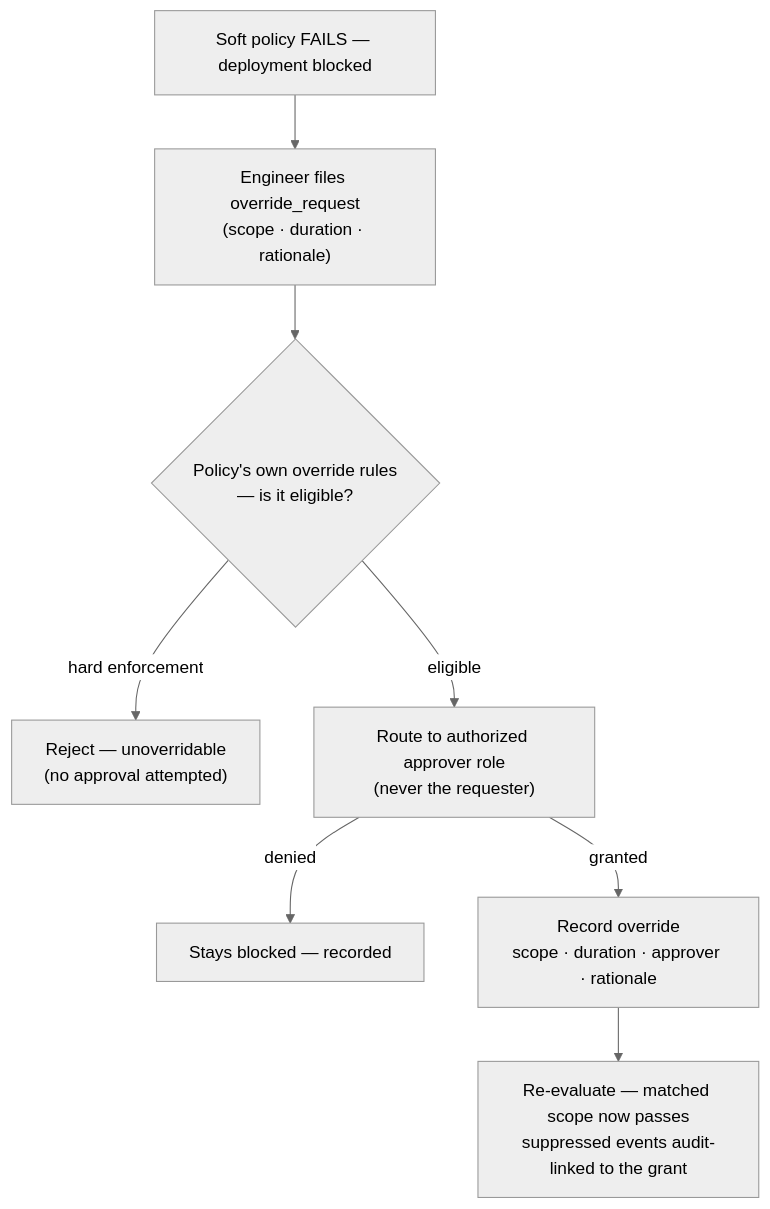
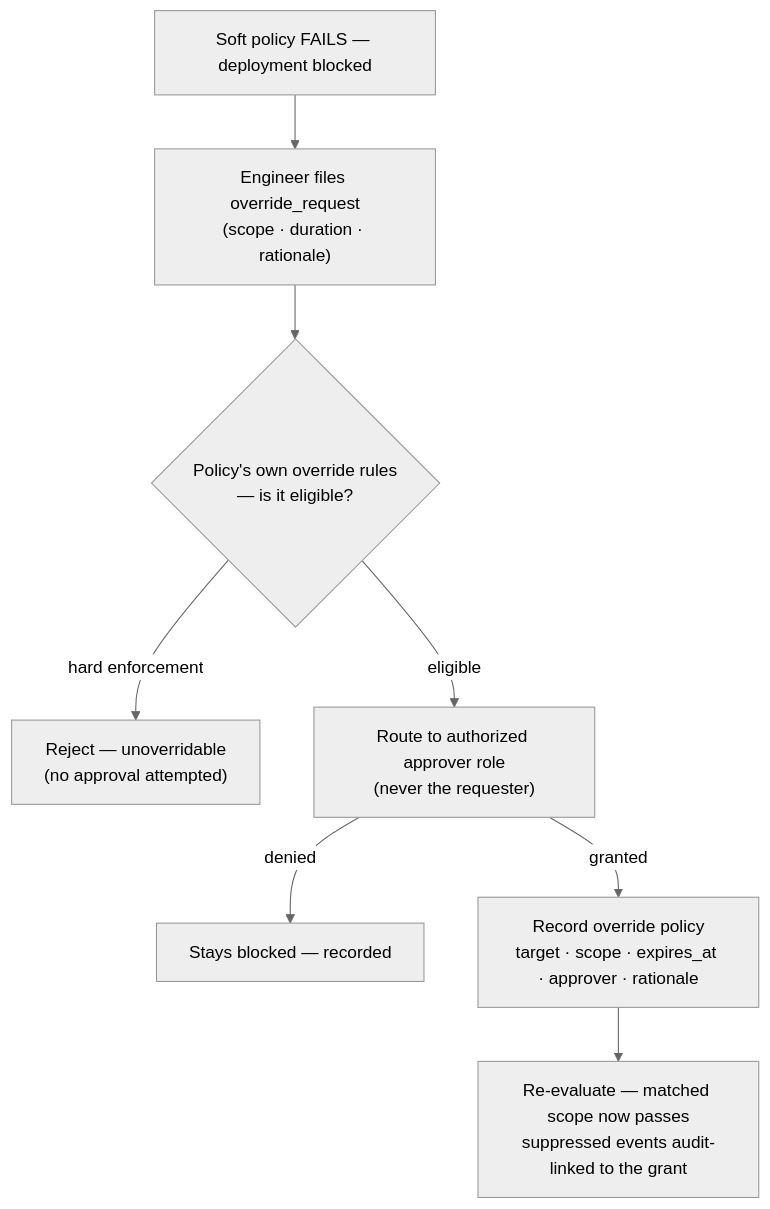
The diagram in docs/flows/uc-16-policy-override-approval.md (croadfeldt/udlm), drawn with Mermaid (neutral theme) before and after one commit. The commit also changed other lines of this file and 22 other files, not shown here.

````diff
--- a/docs/flows/uc-16-policy-override-approval.md
+++ b/docs/flows/uc-16-policy-override-approval.md
@@ -31,10 +34,10 @@
 ```mermaid
 flowchart TD
   D["Soft policy FAILS — deployment blocked"] --> O["Engineer files override_request<br/>(scope · duration · rationale)"]
   O --> E{"Policy's own override rules<br/>— is it eligible?"}
   E -- "hard enforcement" --> X["Reject — unoverridable<br/>(no approval attempted)"]
   E -- "eligible" --> R["Route to authorized approver role<br/>(never the requester)"]
   R -- denied --> Y["Stays blocked — recorded"]
-  R -- granted --> G["Record override<br/>scope · duration · approver · rationale"]
+  R -- granted --> G["Record override policy<br/>target · scope · expires_at · approver · rationale"]
   G --> P["Re-evaluate — matched scope now passes<br/>suppressed events audit-linked to the grant"]
 ```
````
